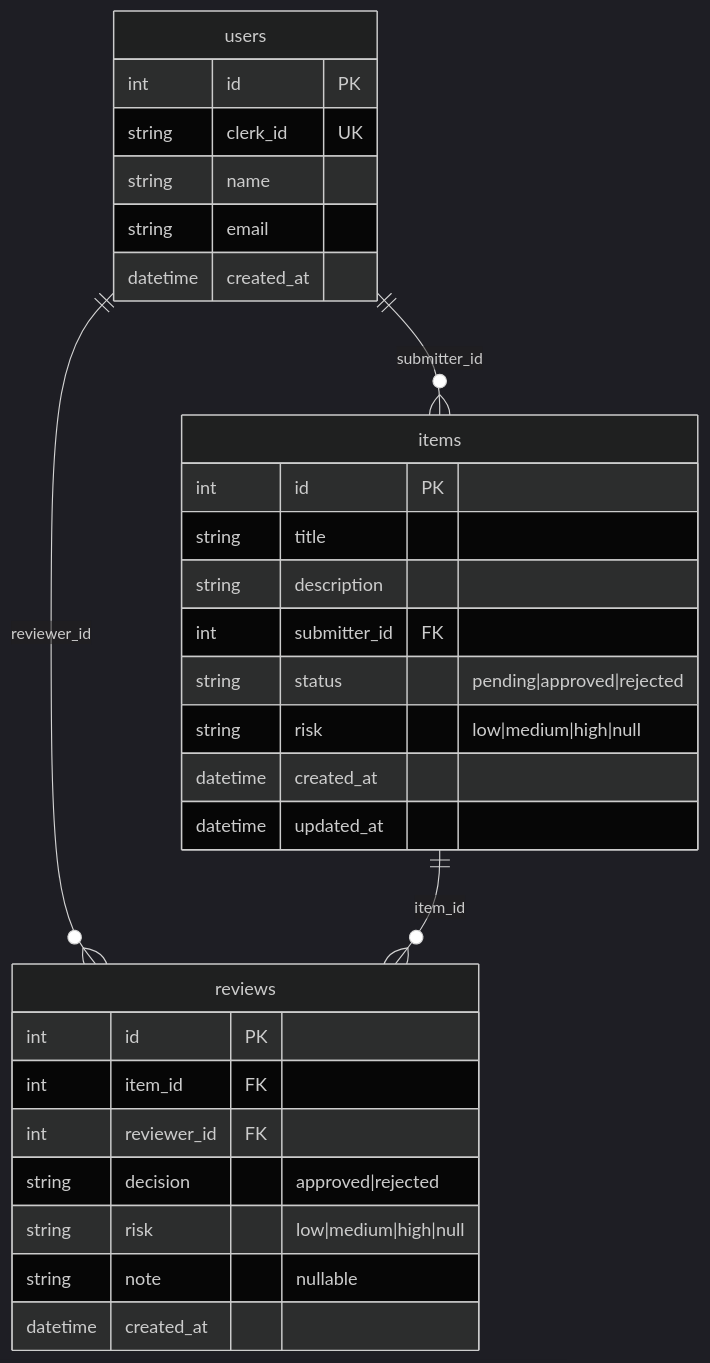
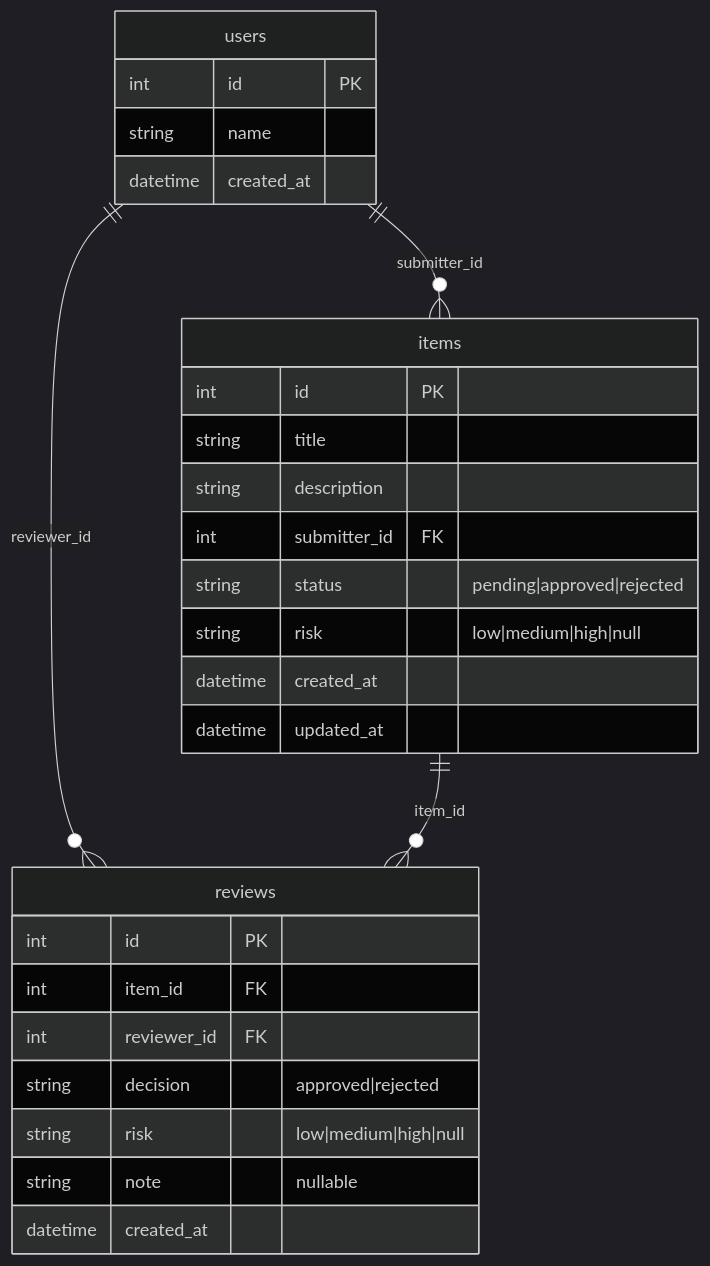
One commit to Hillelman/brainpop-assignment changed the diagram in docs/data-model.md. Above: the diagram before and after it, drawn with Mermaid (dark theme). The commit also changed other lines of this file and 11 other files, not shown here.

````diff
--- a/docs/data-model.md
+++ b/docs/data-model.md
@@ -20,32 +20,30 @@
 ```mermaid
 erDiagram
     users ||--o{ items : "submitter_id"
     users ||--o{ reviews : "reviewer_id"
     items ||--o{ reviews : "item_id"
     users {
         int id PK
-        string clerk_id UK
         string name
-        string email
         datetime created_at
     }
     items {
         int id PK
         string title
         string description
         int submitter_id FK
         string status "pending|approved|rejected"
         string risk "low|medium|high|null"
         datetime created_at
         datetime updated_at
     }
     reviews {
         int id PK
         int item_id FK
         int reviewer_id FK
         string decision "approved|rejected"
         string risk "low|medium|high|null"
         string note "nullable"
         datetime created_at
     }
 ```
````
